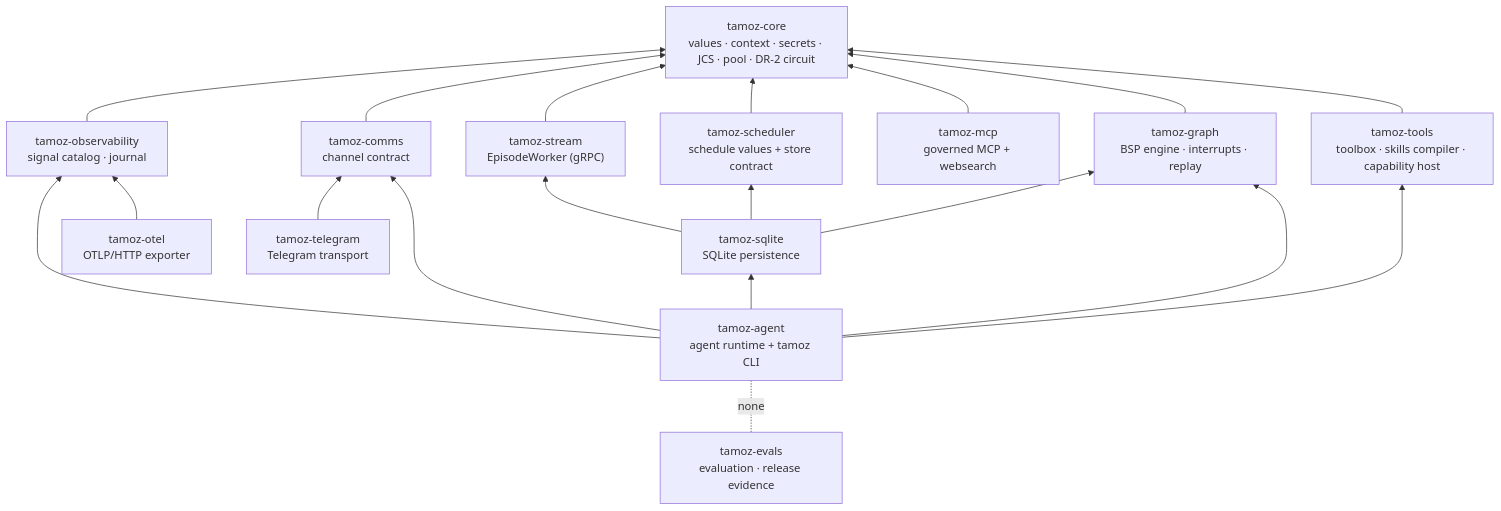
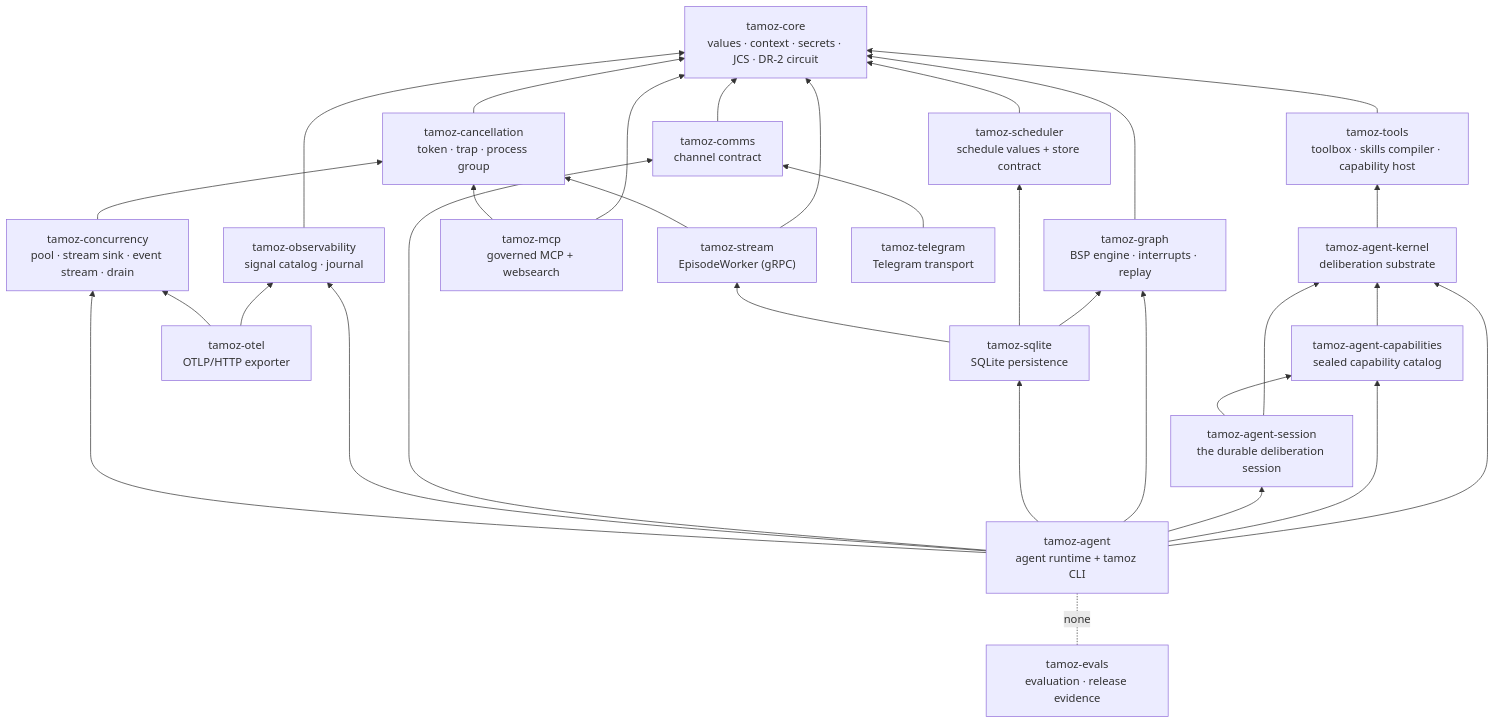
The diagram in documentation/architecture/gems.md (ghassan-ai-projects/tamoz), drawn with Mermaid before and after one commit. The commit also changed other lines of this file and 8 other files, not shown here.

````diff
--- a/documentation/architecture/gems.md
+++ b/documentation/architecture/gems.md
@@ -9,42 +9,60 @@
 ```mermaid
 flowchart BT
-    CORE["tamoz-core<br/>values · context · secrets · JCS · pool · DR-2 circuit"]
+    CORE["tamoz-core<br/>values · context · secrets · JCS · DR-2 circuit"]
 
+    CAN["tamoz-cancellation<br/>token · trap · process group"]
+    CON["tamoz-concurrency<br/>pool · stream sink · event stream · drain"]
     G["tamoz-graph<br/>BSP engine · interrupts · replay"]
     SCH["tamoz-scheduler<br/>schedule values + store contract"]
     STR["tamoz-stream<br/>EpisodeWorker (gRPC)"]
     T["tamoz-tools<br/>toolbox · skills compiler · capability host"]
     M["tamoz-mcp<br/>governed MCP + websearch"]
     C["tamoz-comms<br/>channel contract"]
     O["tamoz-observability<br/>signal catalog · journal"]
 
     SQL["tamoz-sqlite<br/>SQLite persistence"]
     OTEL["tamoz-otel<br/>OTLP/HTTP exporter"]
     TG["tamoz-telegram<br/>Telegram transport"]
 
+    AK["tamoz-agent-kernel<br/>deliberation substrate"]
+    ACAP["tamoz-agent-capabilities<br/>sealed capability catalog"]
+    ASESS["tamoz-agent-session<br/>the durable deliberation session"]
     AGENT["tamoz-agent<br/>agent runtime + tamoz CLI"]
 
     EVALS["tamoz-evals<br/>evaluation · release evidence"]
 
     G --> CORE
     SCH --> CORE
     STR --> CORE
+    STR --> CAN
     T --> CORE
     M --> CORE
+    M --> CAN
     C --> CORE
     O --> CORE
+
+    CAN --> CORE
+    CON --> CAN
 
     SQL --> G
     SQL --> SCH
     SQL --> STR
     OTEL --> O
+    OTEL --> CON
     TG --> C
 
-    AGENT --> T
+    AK --> T
+    ACAP --> AK
+    ASESS --> AK
+    ASESS --> ACAP
+    AGENT --> AK
+    AGENT --> ACAP
+    AGENT --> ASESS
     AGENT --> G
     AGENT --> SQL
     AGENT --> C
     AGENT --> O
+    AGENT --> CON
 
     EVALS -. none .- AGENT
 ```
````
